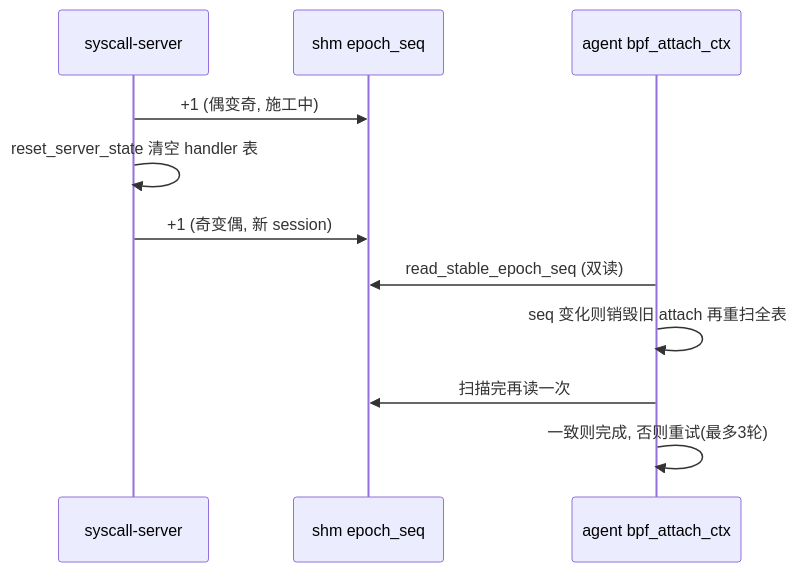
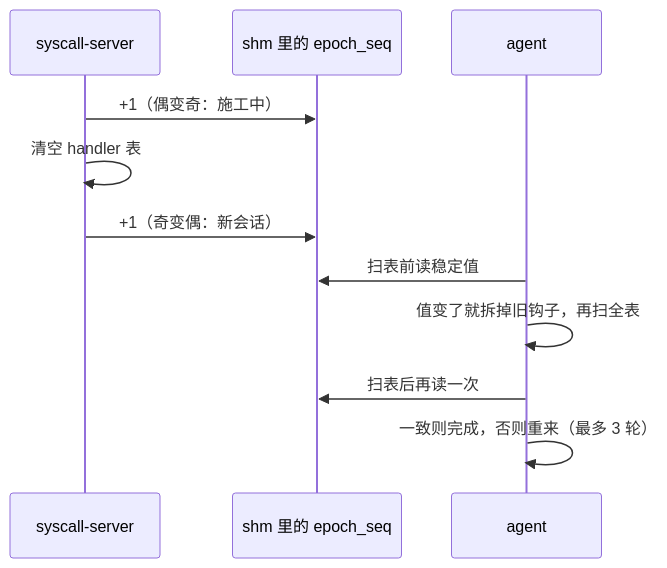
One commit to plsy1/bpftime-benchmark changed the third of 3 diagrams in 02-runtime-shm.md. Above: the diagram before and after it, drawn with Mermaid. The commit also changed other lines of this file and 10 other files, not shown here.

````diff
--- a/02-runtime-shm.md
+++ b/02-runtime-shm.md
@@ -272,13 +333,13 @@
 ```mermaid
 sequenceDiagram
     participant S as syscall-server
-    participant E as shm epoch_seq
-    participant A as agent bpf_attach_ctx
-    S->>E: +1 (偶变奇, 施工中)
-    S->>S: reset_server_state 清空 handler 表
-    S->>E: +1 (奇变偶, 新 session)
-    A->>E: read_stable_epoch_seq (双读)
-    A->>A: seq 变化则销毁旧 attach 再重扫全表
-    A->>E: 扫描完再读一次
-    A->>A: 一致则完成, 否则重试(最多3轮)
+    participant E as shm 里的 epoch_seq
+    participant A as agent
+    S->>E: +1（偶变奇：施工中）
+    S->>S: 清空 handler 表
+    S->>E: +1（奇变偶：新会话）
+    A->>E: 扫表前读稳定值
+    A->>A: 值变了就拆掉旧钩子，再扫全表
+    A->>E: 扫表后再读一次
+    A->>A: 一致则完成，否则重来（最多 3 轮）
 ```
````
